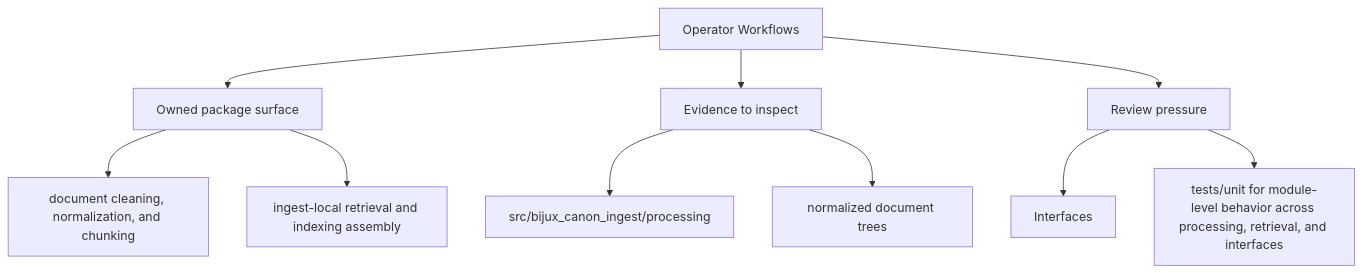
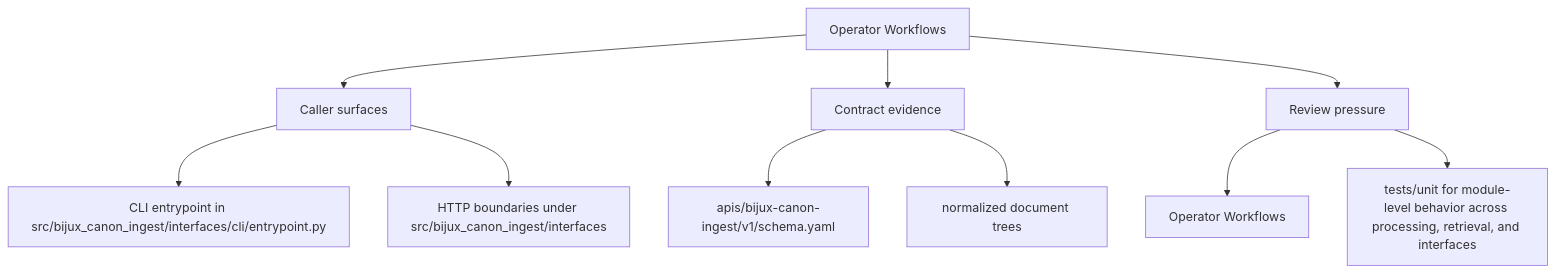
The second of 2 diagrams in docs/bijux-canon-ingest/interfaces/operator-workflows.md (bijux/bijux-canon), drawn with Mermaid before and after one commit. The commit also changed other lines of this file and 250 other files, not shown here.

Commit message:
docs(diagrams): make product page maps more readable

````diff
--- a/docs/bijux-canon-ingest/interfaces/operator-workflows.md
+++ b/docs/bijux-canon-ingest/interfaces/operator-workflows.md
@@ -34,22 +34,22 @@
 ```mermaid
 flowchart TD
     page["Operator Workflows"]
-    focus1["Owned package surface"]
+    focus1["Caller surfaces"]
     page --> focus1
-    focus1_1["document cleaning, normalization, and chunking"]
+    focus1_1["CLI entrypoint in src/bijux_canon_ingest/interfaces/cli/entrypoint.py"]
     focus1 --> focus1_1
-    focus1_2["ingest-local retrieval and indexing assembly"]
+    focus1_2["HTTP boundaries under src/bijux_canon_ingest/interfaces"]
     focus1 --> focus1_2
-    focus2["Evidence to inspect"]
+    focus2["Contract evidence"]
     page --> focus2
-    focus2_1["src/bijux_canon_ingest/processing"]
+    focus2_1["apis/bijux-canon-ingest/v1/schema.yaml"]
     focus2 --> focus2_1
     focus2_2["normalized document trees"]
     focus2 --> focus2_2
     focus3["Review pressure"]
     page --> focus3
-    focus3_1["Interfaces"]
+    focus3_1["Operator Workflows"]
     focus3 --> focus3_1
     focus3_2["tests/unit for module-level behavior across processing, retrieval, and interfaces"]
     focus3 --> focus3_2
 ```
````
